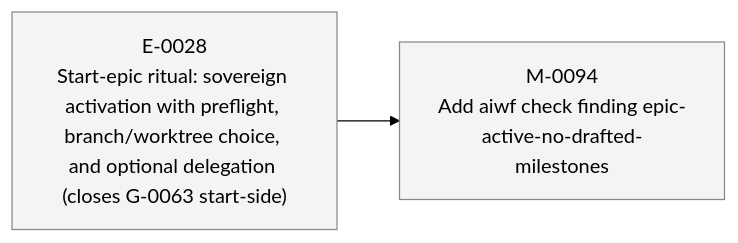
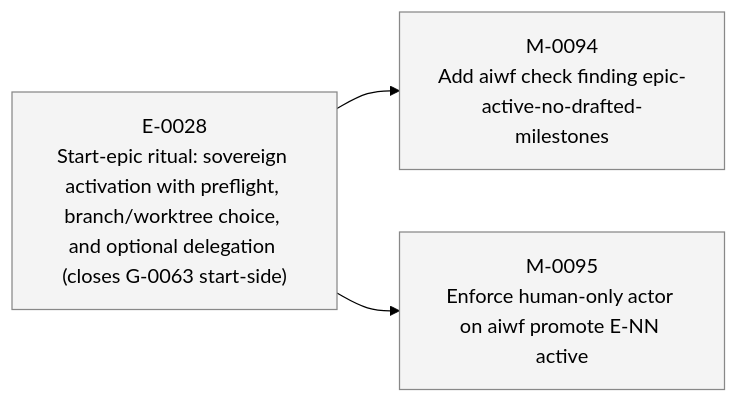
One commit to 23min/aiwf changed the third of 3 diagrams in STATUS.md. Above: the diagram before and after it, drawn with Mermaid (forest theme). The commit also changed other lines of this file and 1 other file, not shown here.

First line of the commit message:
aiwf add milestone M-0095 "Enforce human-only actor on aiwf promote E-NN active"

````diff
--- a/STATUS.md
+++ b/STATUS.md
@@ -68,12 +69,14 @@
 ```mermaid
 flowchart LR
   E_0028["E-0028<br/>Start-epic ritual: sovereign activation with preflight, branch/worktree choice, and optional delegation (closes G-0063 start-side)"]:::epic_proposed
   M_0094["M-0094<br/>Add aiwf check finding epic-active-no-drafted-milestones"]:::ms_draft
   E_0028 --> M_0094
+  M_0095["M-0095<br/>Enforce human-only actor on aiwf promote E-NN active"]:::ms_draft
+  E_0028 --> M_0095
   classDef epic_active fill:#d6eaff,stroke:#1a73e8,color:#000
   classDef epic_proposed fill:#f4f4f4,stroke:#888,color:#000
   classDef ms_done fill:#d8f5d8,stroke:#2a8a2a,color:#000
   classDef ms_in_progress fill:#fff3c4,stroke:#caa400,color:#000
   classDef ms_draft fill:#f4f4f4,stroke:#888,color:#000
   classDef ms_cancelled fill:#fbeaea,stroke:#c33,color:#000
 ```
````
